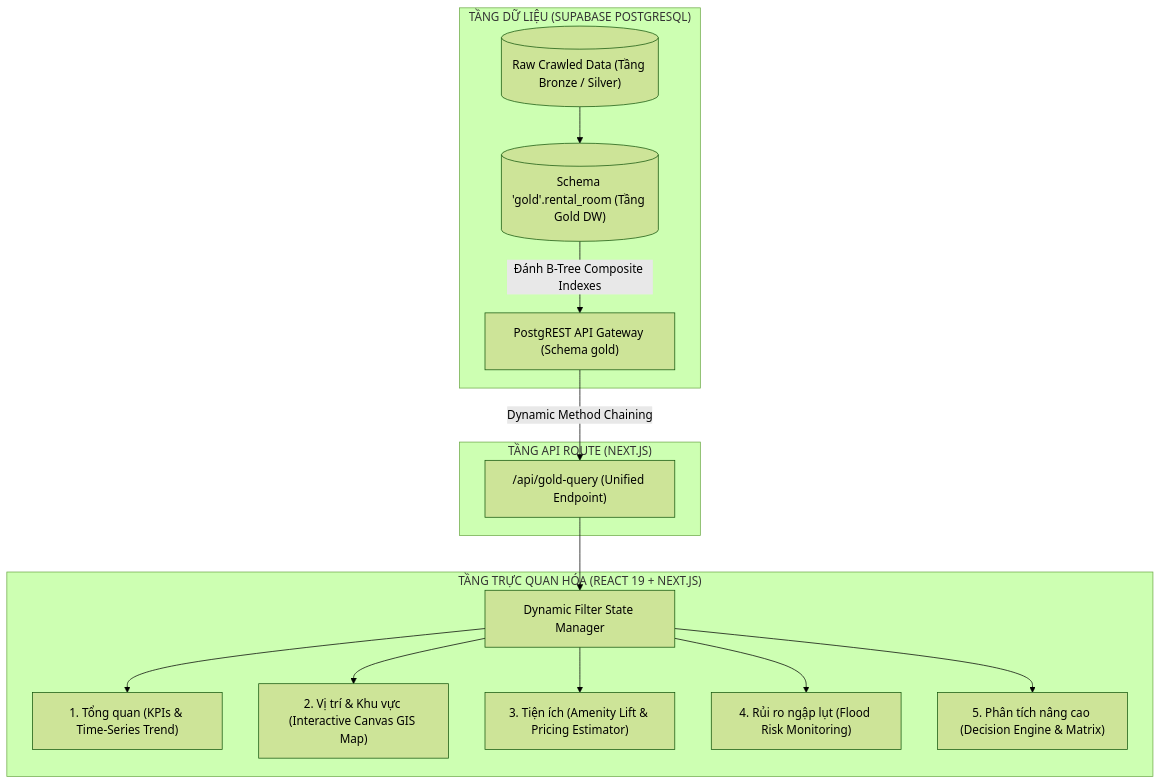
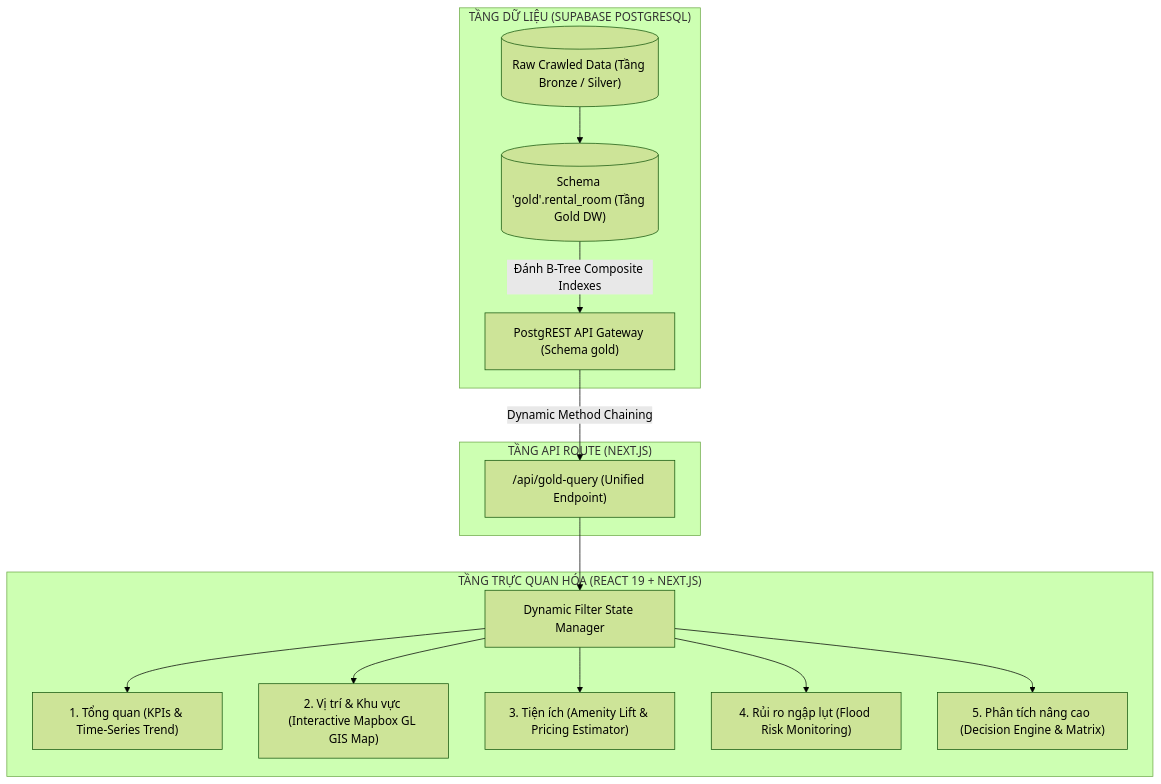
Before and after one commit to ngoquangtrai1903-source/frontend_rental_analysis: the diagram in README.md, drawn with Mermaid (forest theme). The commit also changed other lines of this file and 15 other files, not shown here.

````diff
--- a/README.md
+++ b/README.md
@@ -30,20 +30,20 @@
 ```mermaid
 flowchart TD
     subgraph Data_Layer ["TẦNG DỮ LIỆU (SUPABASE POSTGRESQL)"]
         A[("Raw Crawled Data (Tầng Bronze / Silver)")] --> B[("Schema 'gold'.rental_room (Tầng Gold DW)")]
         B -->|Đánh B-Tree Composite Indexes| C["PostgREST API Gateway (Schema gold)"]
     end
 
     subgraph Backend_Route ["TẦNG API ROUTE (NEXT.JS)"]
         C -->|Dynamic Method Chaining| D["/api/gold-query (Unified Endpoint)"]
     end
 
     subgraph Frontend_App ["TẦNG TRỰC QUAN HÓA (REACT 19 + NEXT.JS)"]
         D --> E["Dynamic Filter State Manager"]
         E --> F["1. Tổng quan (KPIs & Time-Series Trend)"]
-        E --> G["2. Vị trí & Khu vực (Interactive Canvas GIS Map)"]
+        E --> G["2. Vị trí & Khu vực (Interactive Mapbox GL GIS Map)"]
         E --> H["3. Tiện ích (Amenity Lift & Pricing Estimator)"]
         E --> I["4. Rủi ro ngập lụt (Flood Risk Monitoring)"]
         E --> J["5. Phân tích nâng cao (Decision Engine & Matrix)"]
     end
 ```
````
